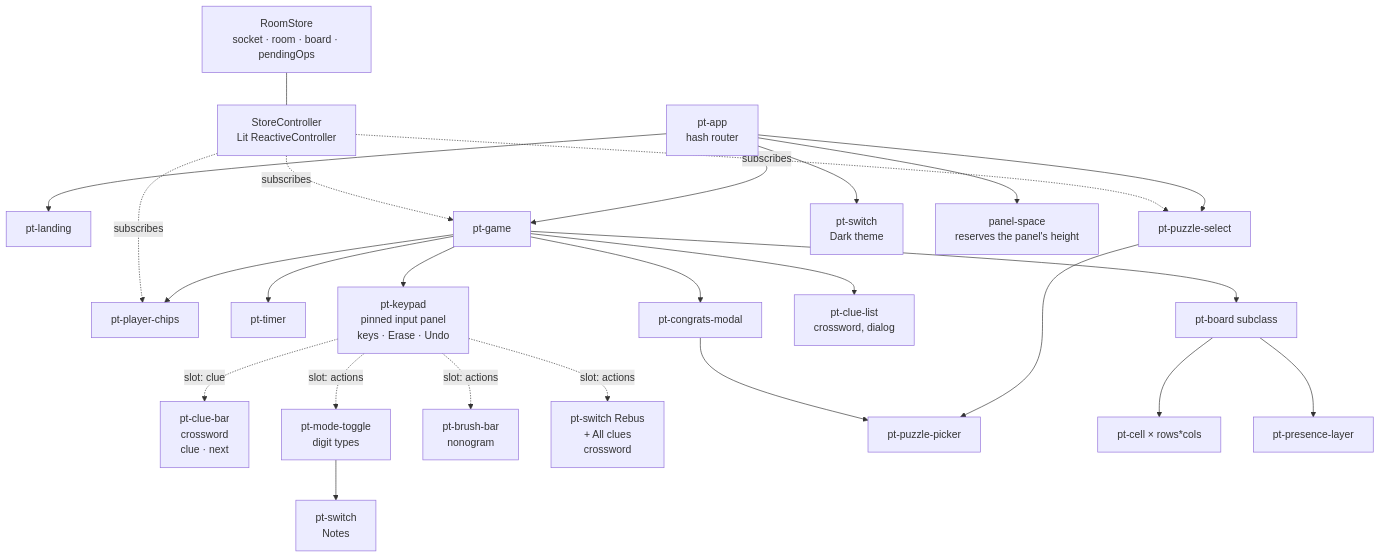
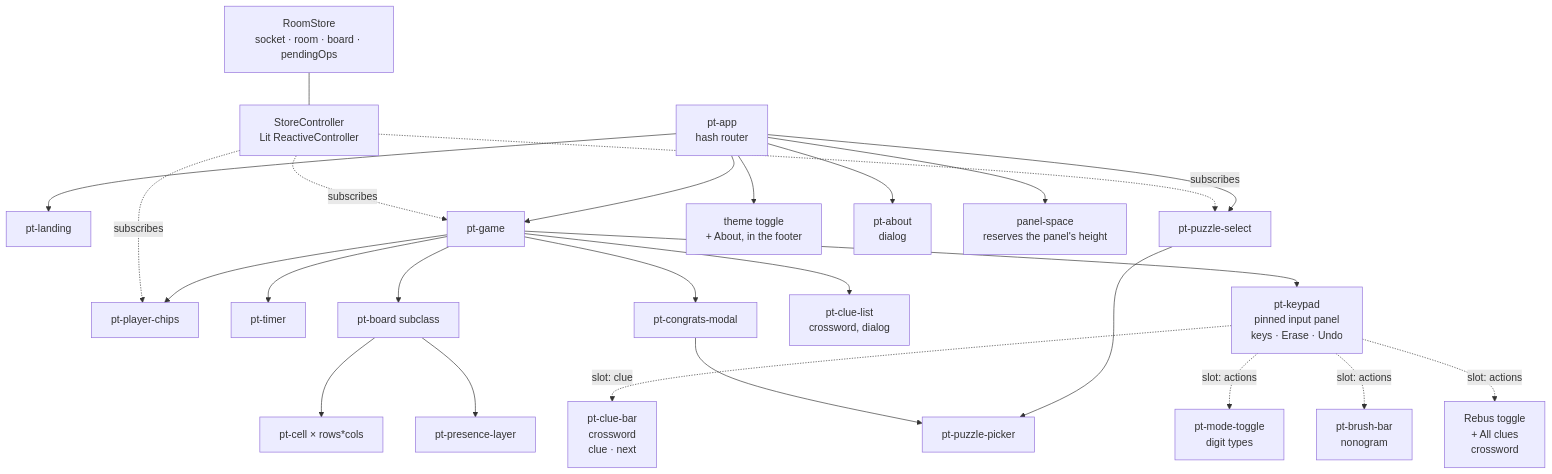
One commit to nikhilasm/puzzletogether changed the sixth of 6 diagrams in docs/architecture.md. Above: the diagram before and after it, drawn with Mermaid. The commit also changed other lines of this file and 31 other files, not shown here.

````diff
--- a/docs/architecture.md
+++ b/docs/architecture.md
@@ -211,35 +211,35 @@
 ```mermaid
 flowchart TB
     APP["pt-app<br/>hash router"]
     APP --> LAND["pt-landing"]
     APP --> SEL["pt-puzzle-select"]
     APP --> GAME["pt-game"]
 
     GAME --> CHIPS["pt-player-chips"]
     GAME --> TIMER["pt-timer"]
     GAME --> BOARD["pt-board subclass"]
     GAME --> KEYPAD["pt-keypad<br/>pinned input panel<br/>keys · Erase · Undo"]
     GAME --> CLUELIST["pt-clue-list<br/>crossword, dialog"]
     GAME --> MODAL["pt-congrats-modal"]
 
     KEYPAD -. "slot: clue" .-> CLUEBAR["pt-clue-bar<br/>crossword<br/>clue · next"]
     KEYPAD -. "slot: actions" .-> MODE["pt-mode-toggle<br/>digit types"]
     KEYPAD -. "slot: actions" .-> BRUSH["pt-brush-bar<br/>nonogram"]
-    KEYPAD -. "slot: actions" .-> REBUS["pt-switch Rebus<br/>+ All clues<br/>crossword"]
+    KEYPAD -. "slot: actions" .-> REBUS["Rebus toggle<br/>+ All clues<br/>crossword"]
 
-    APP --> THEMESW["pt-switch<br/>Dark theme"]
+    APP --> THEMESW["theme toggle<br/>+ About, in the footer"]
+    APP --> ABOUT["pt-about<br/>dialog"]
     APP --> SPACE["panel-space<br/>reserves the panel's height"]
-    MODE --> SWITCH["pt-switch<br/>Notes"]
     SEL --> PICKER["pt-puzzle-picker"]
     MODAL --> PICKER
 
     BOARD --> CELL["pt-cell × rows*cols"]
     BOARD --> PRES["pt-presence-layer"]
 
     STORE["RoomStore<br/>socket · room · board · pendingOps"]
     CTRL["StoreController<br/>Lit ReactiveController"]
     STORE --- CTRL
     CTRL -. subscribes .-> GAME
     CTRL -. subscribes .-> SEL
     CTRL -. subscribes .-> CHIPS
 ```
````
